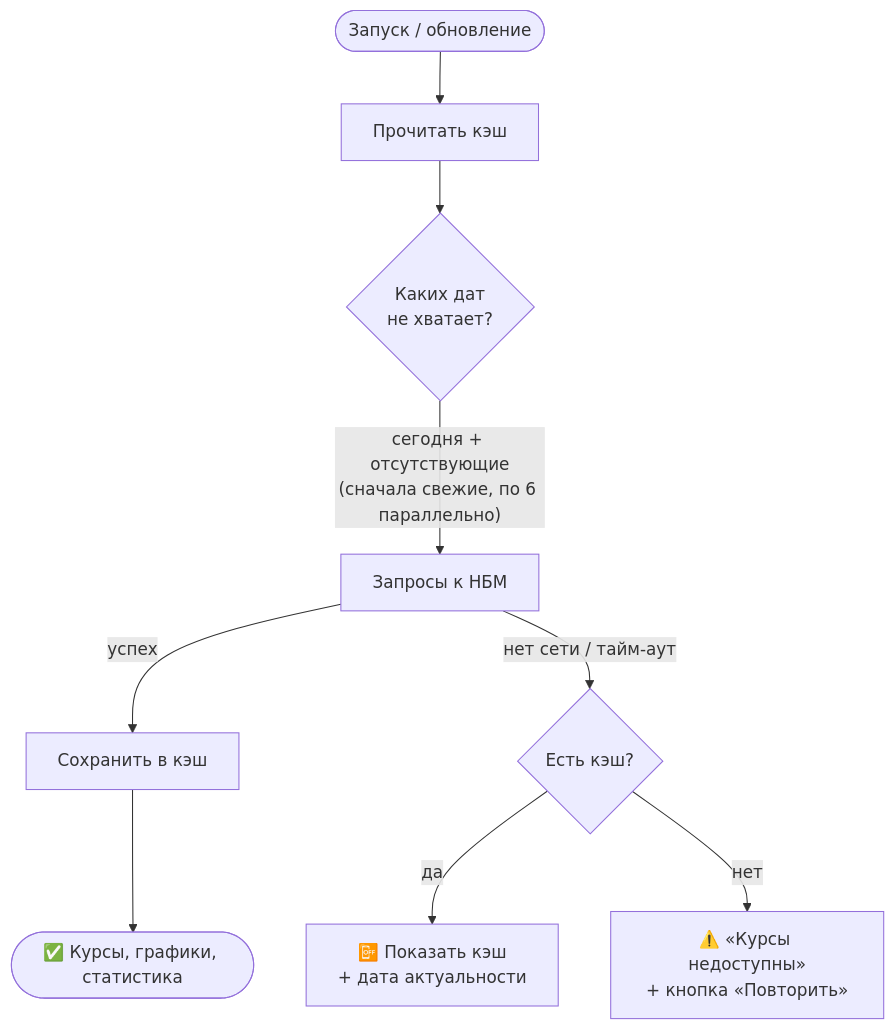
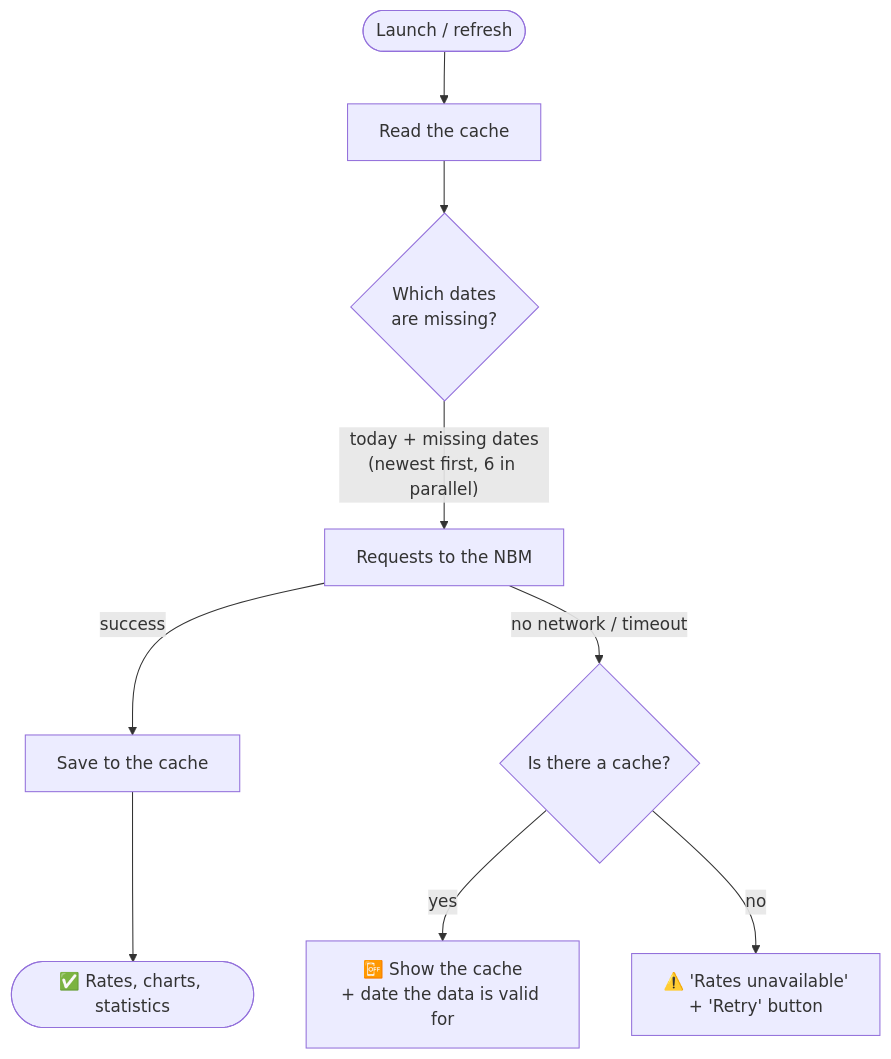
Before and after one commit to kurdogloolga/currency_rates_mobile: the second of 3 diagrams in README.md, drawn with Mermaid. The commit also changed other lines of this file, not shown here.

````diff
--- a/README.md
+++ b/README.md
@@ -270,11 +270,11 @@
 ```mermaid
 flowchart TD
-    Start([Запуск / обновление]) --> Load[Прочитать кэш]
-    Load --> Need{"Каких дат<br/>не хватает?"}
-    Need -->|"сегодня + отсутствующие<br/>(сначала свежие, по 6 параллельно)"| Fetch[Запросы к НБМ]
-    Fetch -->|успех| Save[Сохранить в кэш] --> Show
-    Fetch -->|"нет сети / тайм-аут"| HasCache{"Есть кэш?"}
-    HasCache -->|да| Offline["📴 Показать кэш<br/>+ дата актуальности"]
-    HasCache -->|нет| Error["⚠️ «Курсы недоступны»<br/>+ кнопка «Повторить»"]
-    Show(["✅ Курсы, графики, статистика"])
+    Start([Launch / refresh]) --> Load[Read the cache]
+    Load --> Need{"Which dates<br/>are missing?"}
+    Need -->|"today + missing dates<br/>(newest first, 6 in parallel)"| Fetch[Requests to the NBM]
+    Fetch -->|success| Save[Save to the cache] --> Show
+    Fetch -->|"no network / timeout"| HasCache{"Is there a cache?"}
+    HasCache -->|yes| Offline["📴 Show the cache<br/>+ date the data is valid for"]
+    HasCache -->|no| Error["⚠️ 'Rates unavailable'<br/>+ 'Retry' button"]
+    Show(["✅ Rates, charts, statistics"])
 ```
````
